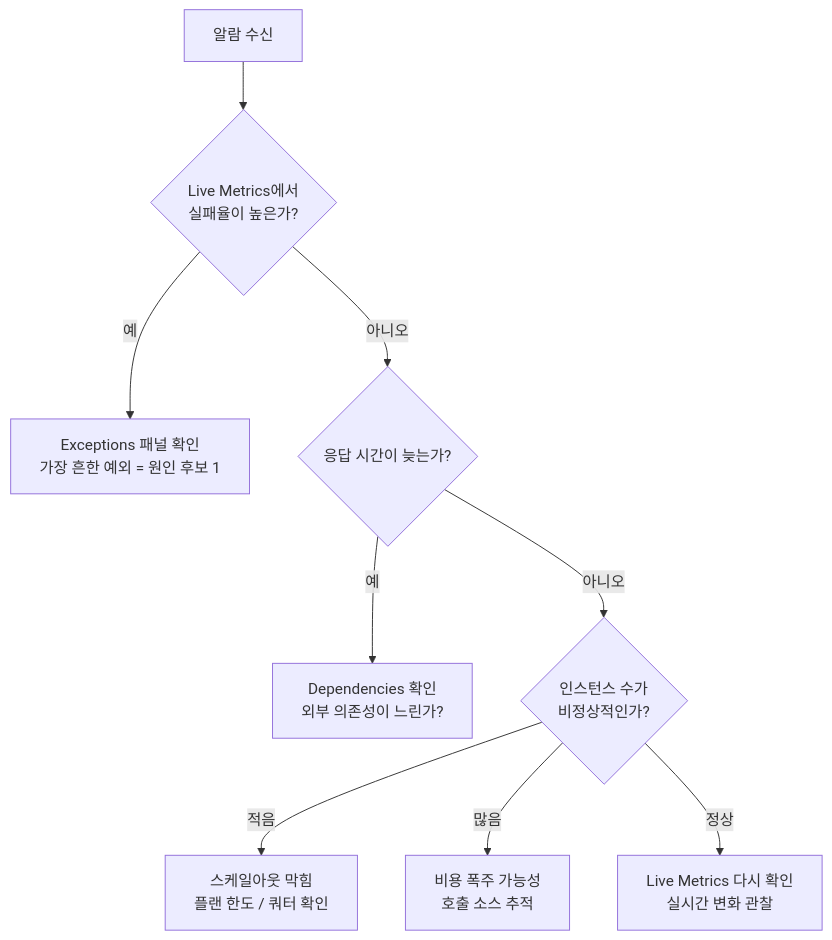
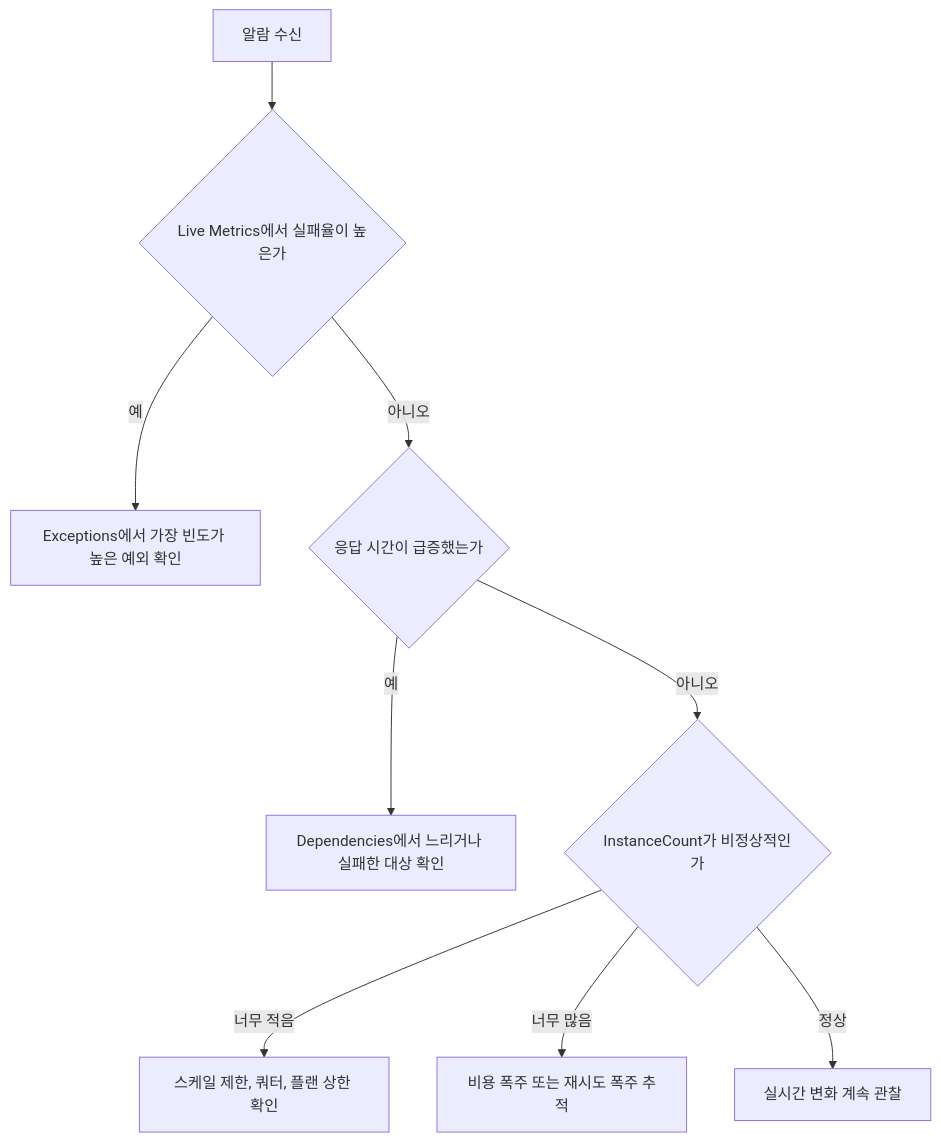
Before and after one commit to yeongseon-books/book-content: the second of 2 diagrams in azure-functions-101/ko/07-monitoring-and-ops.md, drawn with Mermaid. The commit also changed other lines of this file and 42 other files, not shown here.

First line of the commit message:
fix: 오라클 리뷰 반영 — Functions 101/Deep Dive 사실관계·톤·다이어그램 정리, App Service 101 ko/en 재구조화

````diff
--- a/azure-functions-101/ko/07-monitoring-and-ops.md
+++ b/azure-functions-101/ko/07-monitoring-and-ops.md
@@ -170,11 +173,11 @@
 ```mermaid
 flowchart TD
-    A[알람 수신] --> B{Live Metrics에서<br/>실패율이 높은가?}
-    B -- 예 --> C[Exceptions 패널 확인<br/>가장 흔한 예외 = 원인 후보 1]
-    B -- 아니오 --> D{응답 시간이 늦는가?}
-    D -- 예 --> E[Dependencies 확인<br/>외부 의존성이 느린가?]
-    D -- 아니오 --> F{인스턴스 수가<br/>비정상적인가?}
-    F -- 적음 --> G[스케일아웃 막힘<br/>플랜 한도 / 쿼터 확인]
-    F -- 많음 --> H[비용 폭주 가능성<br/>호출 소스 추적]
-    F -- 정상 --> I[Live Metrics 다시 확인<br/>실시간 변화 관찰]
+    A[알람 수신] --> B{Live Metrics에서 실패율이 높은가}
+    B -- 예 --> C[Exceptions에서 가장 빈도가 높은 예외 확인]
+    B -- 아니오 --> D{응답 시간이 급증했는가}
+    D -- 예 --> E[Dependencies에서 느리거나 실패한 대상 확인]
+    D -- 아니오 --> F{InstanceCount가 비정상적인가}
+    F -- 너무 적음 --> G[스케일 제한, 쿼터, 플랜 상한 확인]
+    F -- 너무 많음 --> H[비용 폭주 또는 재시도 폭주 추적]
+    F -- 정상 --> I[실시간 변화 계속 관찰]
 ```
````
